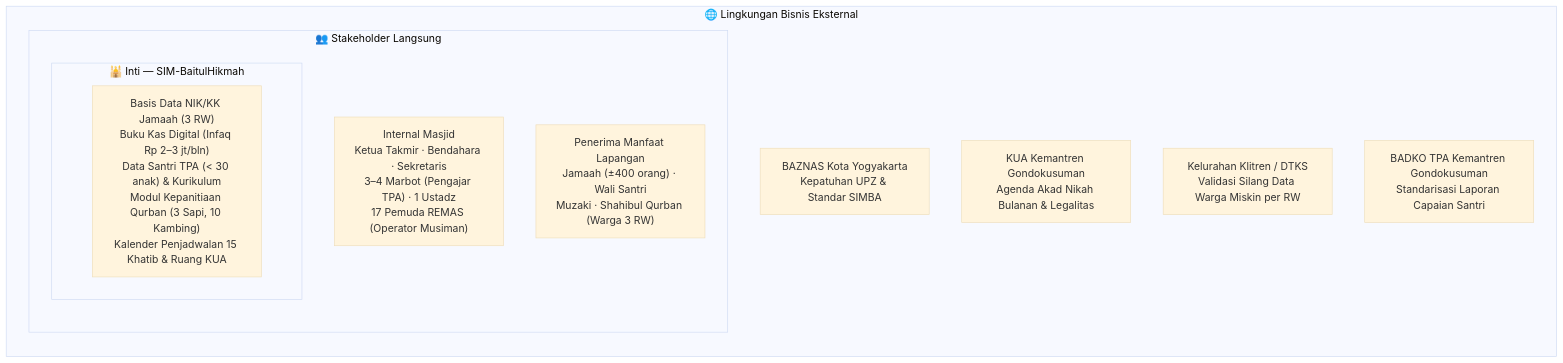
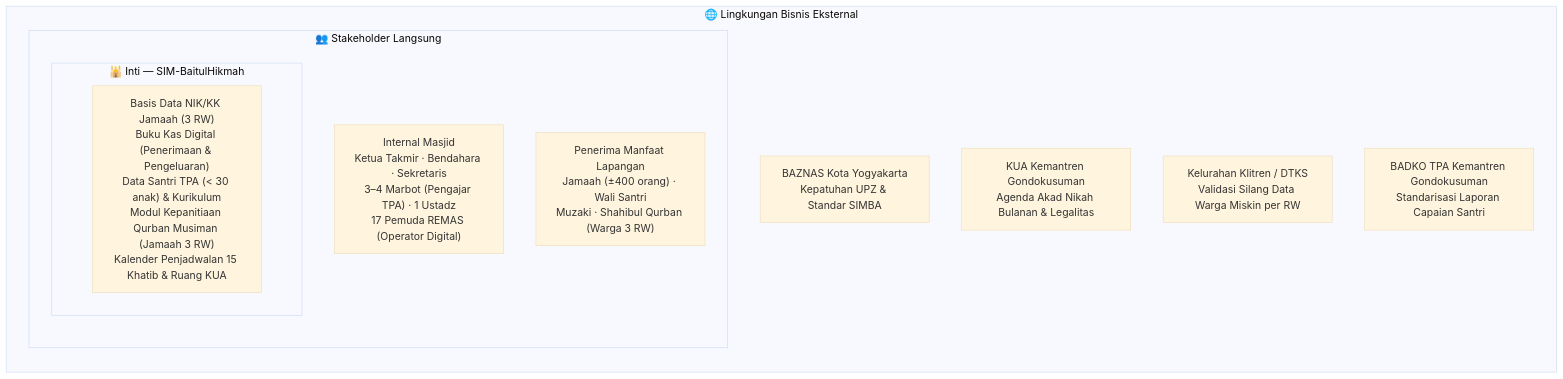
The second of 4 diagrams in Laporan Modul 2 - Kelompok 1 F1.md (anothersunrisee/project-MSI), drawn with Mermaid (base theme) before and after one commit. The commit also changed other lines of this file and 1 other file, not shown here.

Commit message:
fix(modul-1-2): harmonize diagrams and internal REMAS governance findings across Modul 1 and 2

````diff
--- a/Laporan Modul 2 - Kelompok 1 F1.md
+++ b/Laporan Modul 2 - Kelompok 1 F1.md
@@ -89,18 +89,18 @@
 ```mermaid
 flowchart TD
     subgraph L3["🌐 Lingkungan Bisnis Eksternal"]
         direction TB
         subgraph L2["👥 Stakeholder Langsung"]
             direction TB
             subgraph L1["🕌 Inti — SIM-BaitulHikmah"]
-                CORE["Basis Data NIK/KK Jamaah (3 RW)\nBuku Kas Digital (Infaq Rp 2–3 jt/bln)\nData Santri TPA (< 30 anak) & Kurikulum\nModul Kepanitiaan Qurban (3 Sapi, 10 Kambing)\nKalender Penjadwalan 15 Khatib & Ruang KUA"]
+                CORE["Basis Data NIK/KK Jamaah (3 RW)\nBuku Kas Digital (Penerimaan & Pengeluaran)\nData Santri TPA (< 30 anak) & Kurikulum\nModul Kepanitiaan Qurban Musiman (Jamaah 3 RW)\nKalender Penjadwalan 15 Khatib & Ruang KUA"]
             end
-            ST_IN["Internal Masjid\nKetua Takmir · Bendahara · Sekretaris\n3–4 Marbot (Pengajar TPA) · 1 Ustadz\n17 Pemuda REMAS (Operator Musiman)"]
+            ST_IN["Internal Masjid\nKetua Takmir · Bendahara · Sekretaris\n3–4 Marbot (Pengajar TPA) · 1 Ustadz\n17 Pemuda REMAS (Operator Digital)"]
             ST_EX["Penerima Manfaat Lapangan\nJamaah (±400 orang) · Wali Santri\nMuzaki · Shahibul Qurban (Warga 3 RW)"]
         end
         EXT1["BAZNAS Kota Yogyakarta\nKepatuhan UPZ & Standar SIMBA"]
         EXT2["KUA Kemantren Gondokusuman\nAgenda Akad Nikah Bulanan & Legalitas"]
         EXT3["Kelurahan Klitren / DTKS\nValidasi Silang Data Warga Miskin per RW"]
         EXT4["BADKO TPA Kemantren Gondokusuman\nStandarisasi Laporan Capaian Santri"]
     end
 ```
````
